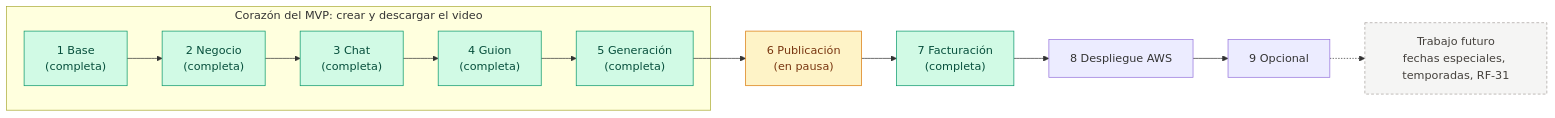
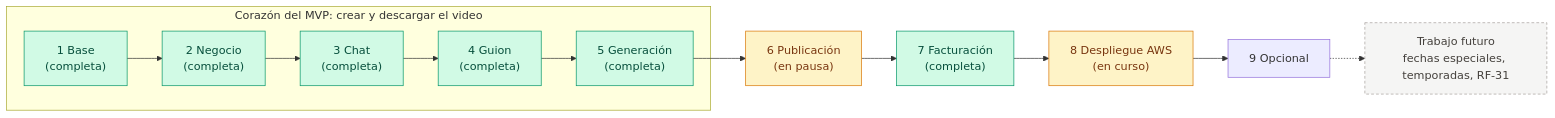
The diagram in docs/plan-de-desarrollo.md (fabio2152/autoreel), drawn with Mermaid before and after one commit. The commit also changed other lines of this file and 28 other files, not shown here.

First line of the commit message:
feat: despliegue en aws con ec2, rds, s3 y secrets manager

````diff
--- a/docs/plan-de-desarrollo.md
+++ b/docs/plan-de-desarrollo.md
@@ -35,25 +35,25 @@
 ```mermaid
 flowchart LR
     F1["1 Base<br/>(completa)"]:::hecha --> F2["2 Negocio<br/>(completa)"]:::hecha
     F2 --> F3["3 Chat<br/>(completa)"]:::hecha
     F3 --> F4["4 Guion<br/>(completa)"]:::hecha
     F4 --> F5["5 Generación<br/>(completa)"]:::hecha
     F5 --> F6["6 Publicación<br/>(en pausa)"]:::siguiente
     F6 --> F7["7 Facturación<br/>(completa)"]:::hecha
-    F7 --> F8["8 Despliegue AWS"]
+    F7 --> F8["8 Despliegue AWS<br/>(en curso)"]:::siguiente
     F8 --> F9["9 Opcional"]
     FUT["Trabajo futuro<br/>fechas especiales, temporadas, RF-31"]:::futuro
     F9 -.-> FUT
 
     subgraph nucleo["Corazón del MVP: crear y descargar el video"]
         F1
         F2
         F3
         F4
         F5
     end
 
     classDef hecha fill:#d1fae5,stroke:#059669,color:#064e3b
     classDef siguiente fill:#fef3c7,stroke:#d97706,color:#78350f
     classDef futuro fill:#f5f5f4,stroke:#a8a29e,color:#44403c,stroke-dasharray:4 3
 ```
````
